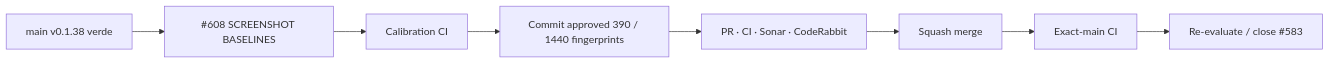
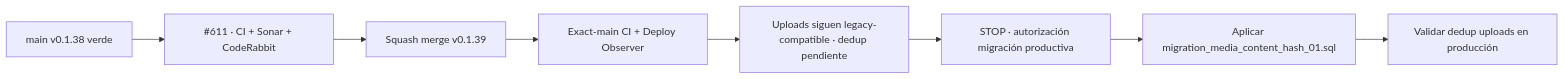
One commit to pl0n3r/brvtal changed the diagram in README.md. Above: the diagram before and after it, drawn with Mermaid. The commit also changed other lines of this file and 11 other files, not shown here.

First line of the commit message:
feat(media): detect exact duplicate uploads (v0.1.39) (#611)

````diff
--- a/README.md
+++ b/README.md
@@ -50,10 +52,10 @@
 ```mermaid
 flowchart LR
- B["main v0.1.38 verde"] --> S["#608 SCREENSHOT BASELINES"]
- S --> C["Calibration CI"]
- C --> F["Commit approved 390 / 1440 fingerprints"]
- F --> P["PR · CI · Sonar · CodeRabbit"]
- P --> M["Squash merge"]
- M --> X["Exact-main CI"]
- X --> V["Re-evaluate / close #583"]
+ B["main v0.1.38 verde"] --> P["#611 · CI + Sonar + CodeRabbit"]
+ P --> M["Squash merge v0.1.39"]
+ M --> X["Exact-main CI + Deploy Observer"]
+ X --> G["Uploads siguen legacy-compatible · dedup pendiente"]
+ G --> A["STOP · autorización migración productiva"]
+ A --> D["Aplicar migration_media_content_hash_01.sql"]
+ D --> V["Validar dedup uploads en producción"]
 ```
````
